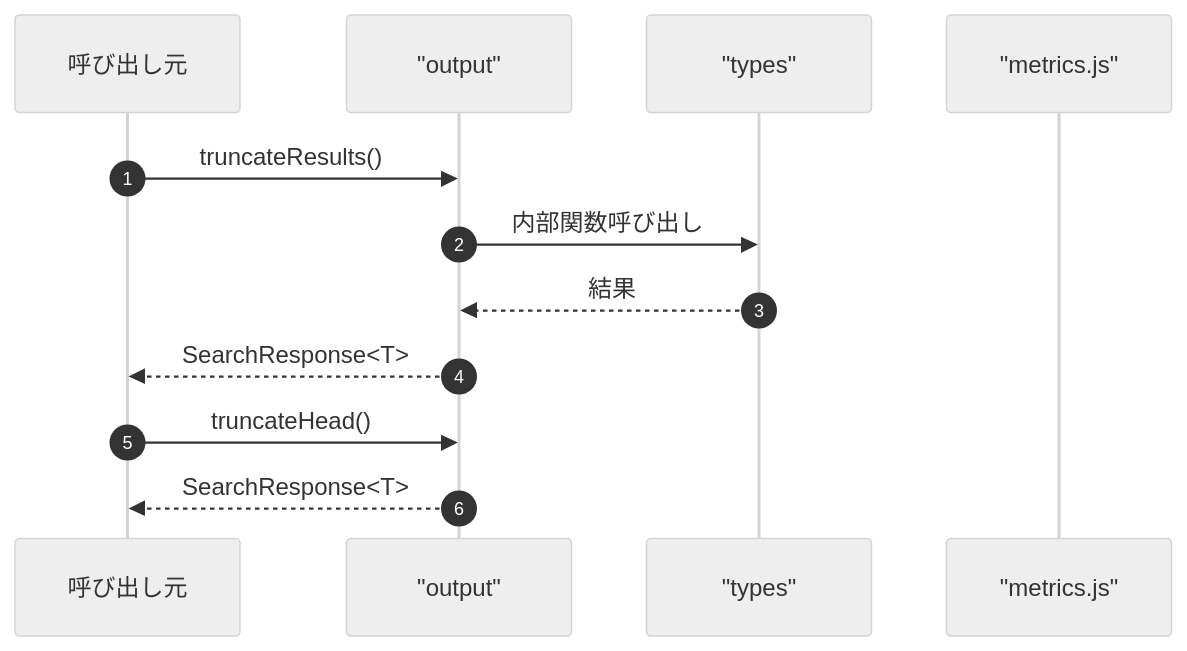
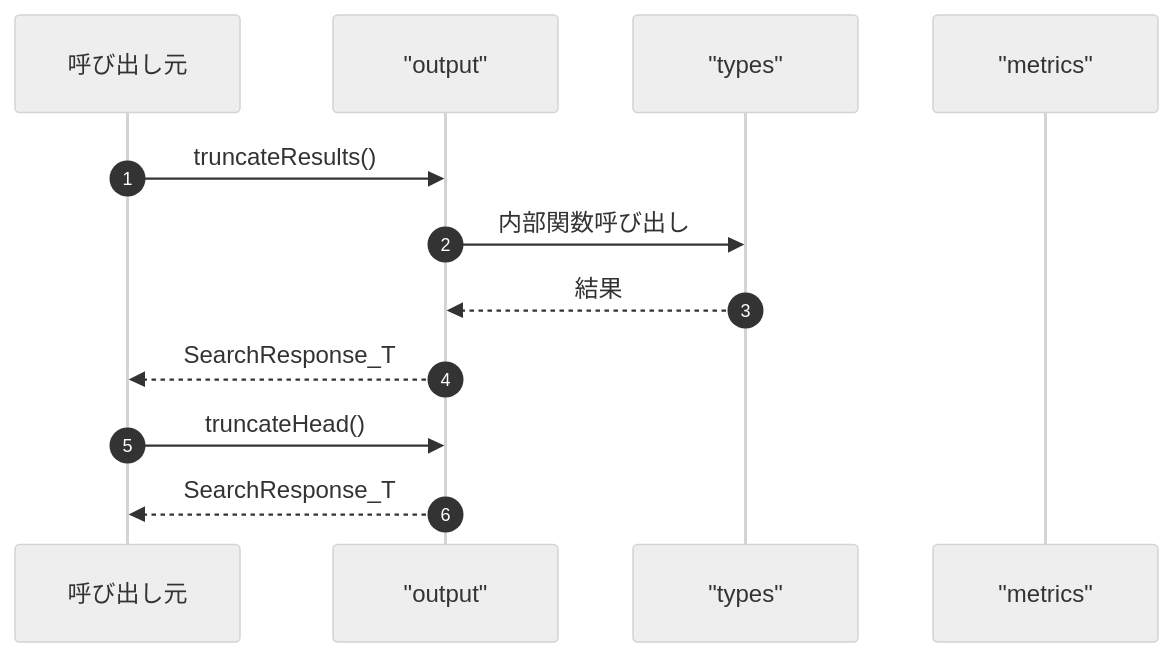
One commit to Mekann2904/mekann changed the fourth of 4 diagrams in ABDD/.pi/extensions/search/utils/output.md. Above: the diagram before and after it, drawn with Mermaid (neutral theme). The commit also changed other lines of this file and 174 other files, not shown here.

First line of the commit message:
fix(docs): ABDDのMermaid図生成エラーを修正する

````diff
--- a/ABDD/.pi/extensions/search/utils/output.md
+++ b/ABDD/.pi/extensions/search/utils/output.md
@@ -118,16 +118,16 @@
 ```mermaid
 sequenceDiagram
   autonumber
   participant Caller as 呼び出し元
   participant output as "output"
   participant types as "types"
-  participant metrics_js as "metrics.js"
+  participant metrics as "metrics"
 
   Caller->>output: truncateResults()
   output->>types: 内部関数呼び出し
   types-->>output: 結果
-  output-->>Caller: SearchResponse<T>
+  output-->>Caller: SearchResponse_T
 
   Caller->>output: truncateHead()
-  output-->>Caller: SearchResponse<T>
+  output-->>Caller: SearchResponse_T
 ```
````
